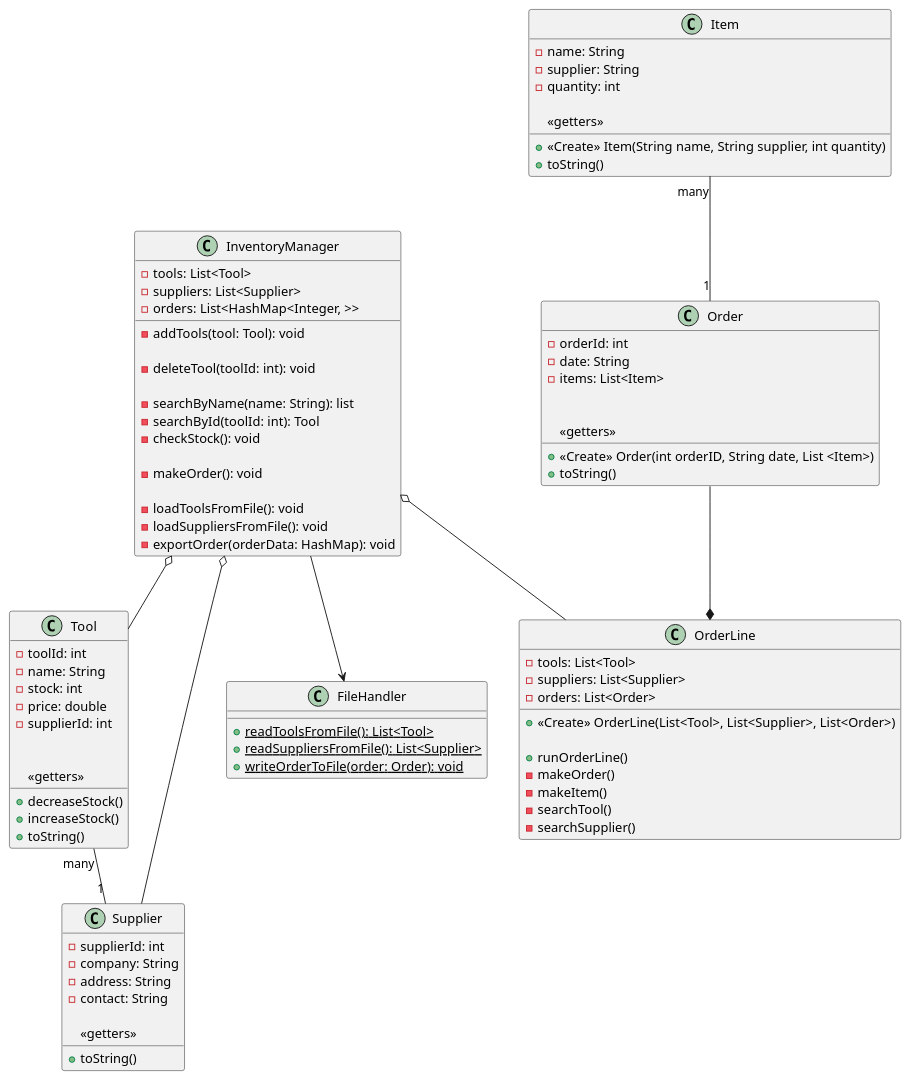
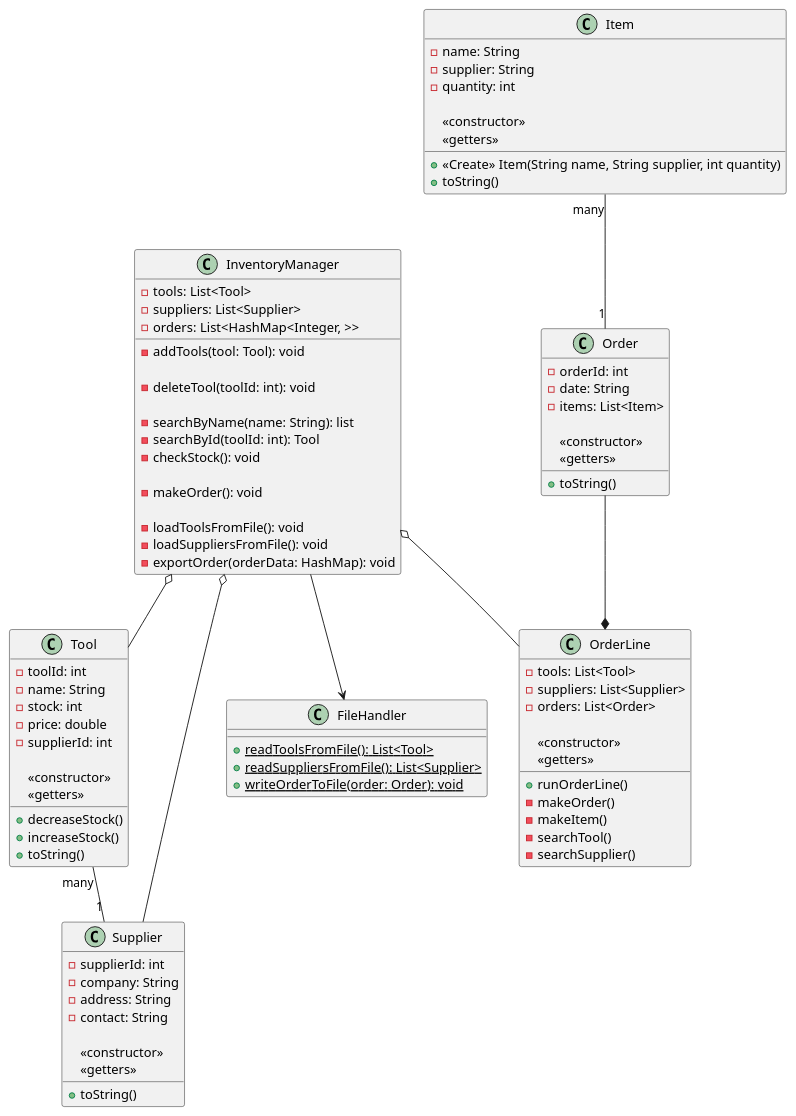
The diagram in ENSF 607/Playground/Christian/Assignment 1/assignment1/shop.puml (chvaldez10/MEng-Fall-Group), drawn with PlantUML before and after one commit. The commit also changed 4 other files, not shown here.

```diff
--- a/ENSF 607/Playground/Christian/Assignment 1/assignment1/shop.puml
+++ b/ENSF 607/Playground/Christian/Assignment 1/assignment1/shop.puml
@@ -1,114 +1,115 @@
 @startuml
     class InventoryManager {
         /' class attributes '/
         - tools: List<Tool>
         - suppliers: List<Supplier>
         - orders: List<HashMap<Integer, >>
 
         /' create|add tools '/
         - addTools(tool: Tool): void
 
         /' delete tools '/
         - deleteTool(toolId: int): void
 
         /' read tools '/
         - searchByName(name: String): list
         - searchById(toolId: int): Tool
         - checkStock(): void
 
         /' update tools '/
         - makeOrder(): void
 
         /' file handler '/
         - loadToolsFromFile(): void
         - loadSuppliersFromFile(): void
         - exportOrder(orderData: HashMap): void
     }
 
     class Tool {
         /' class attributes '/
         - toolId: int
         - name: String
         - stock: int
         - price: double
         - supplierId: int
 
+        <<constructor>>
+        <<getters>>
+
         /' update stock '/
         + decreaseStock()
         + increaseStock()
-
-        <<getters>>
         + toString()
     }
 
     class Supplier {
         /' class attributes '/
         - supplierId: int
         - company: String
         - address: String
         - contact: String
 
+        <<constructor>>
         <<getters>>
         + toString()
     }
 
     class OrderLine {
         /' class attributes '/
         - tools: List<Tool>
         - suppliers: List<Supplier>
         - orders: List<Order>
 
-        /' constructor '/
-        + <<Create>> OrderLine(List<Tool>, List<Supplier>, List<Order>)
+        <<constructor>>
+        <<getters>>
 
         /' creates one order '/
         + runOrderLine()
         - makeOrder()
         - makeItem()
         - searchTool()
         - searchSupplier()
     }
 
     class Order {
         /' class attributes '/
         - orderId: int
         - date: String
         - items: List<Item>
 
-        /' check stock '/
-        + <<Create>> Order(int orderID, String date, List <Item>)
-
+        <<constructor>>
         <<getters>>
         + toString()
     }
 
     class Item {
         - name: String
         - supplier: String
         - quantity: int
         + <<Create>> Item(String name, String supplier, int quantity)
 
+        <<constructor>>
         <<getters>>
         + toString()
     }
 
     class FileHandler {
         /' read files '/
         + {static} readToolsFromFile(): List<Tool>
         + {static} readSuppliersFromFile(): List<Supplier>
         + {static} writeOrderToFile(order: Order): void
     }
 
     /' relationships for InventoryManager '/
     InventoryManager --> FileHandler
     InventoryManager o-- Tool
     InventoryManager o-- Supplier
     InventoryManager o-- OrderLine
 
     /' relationships for Tool and Supplier '/
     Tool "many" -- "1"  Supplier
 
     /' relationships for Orderline, Order, Item '/
     Order --* OrderLine
     Item "many" -- "1" Order
 @enduml
```
